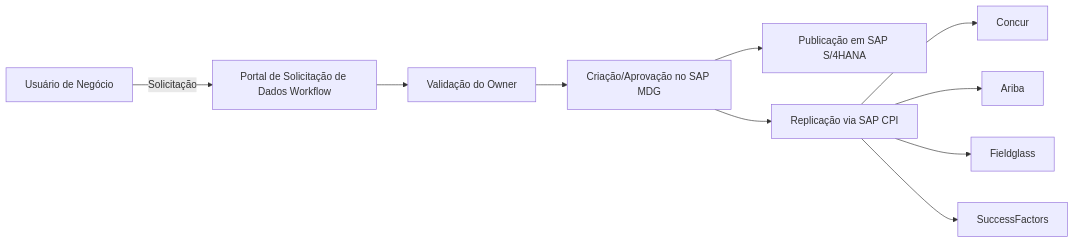
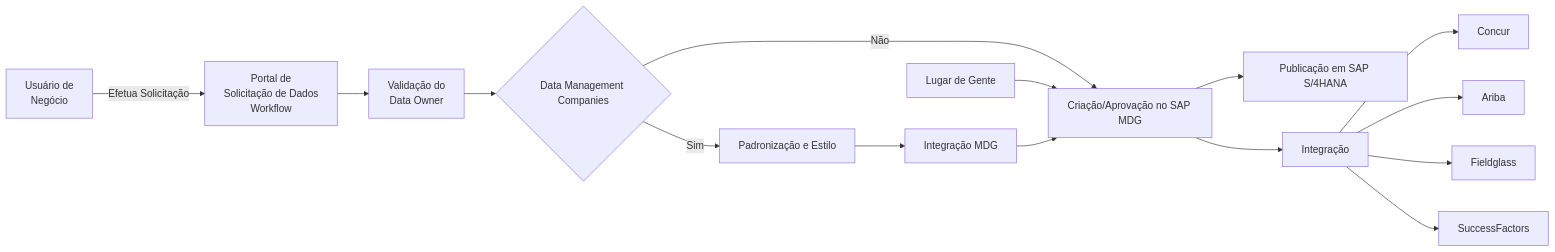
The third of 18 diagrams in docs/Dados/Introdução.md (60pportunities/EngenhariaSoftware), drawn with Mermaid before and after one commit. The commit also changed other lines of this file and 11 other files, not shown here.

````diff
--- a/docs/Dados/Introdução.md
+++ b/docs/Dados/Introdução.md
@@ -515,12 +556,17 @@
 ```mermaid
 graph LR
-    A[Usuário de Negócio] -->|Solicitação| B[Portal de Solicitação de Dados Workflow]
-    B --> C[Validação do Owner]
-    C --> D[Criação/Aprovação no SAP MDG]
-    D --> E[Publicação em SAP S/4HANA]
-    D --> F[Replicação via SAP CPI]
-    F --> G1[Concur]
-    F --> G2[Ariba]
-    F --> G3[Fieldglass]
-    F --> G4[SuccessFactors]
+    A[Usuário de</br> Negócio] -->|Efetua Solicitação| B[Portal de</br>Solicitação de Dados</br> Workflow]
+    B --> C[Validação do</br>Data Owner]
+    C --> C1{Data Management Companies}
+    C1 --> |Não|D[Criação/Aprovação no SAP MDG]
+    C1 --> |Sim|D0[Padronização e Estilo]
+    P[Lugar de Gente]  --> D
+    D0 --> D1[Integração MDG]
+    D1 --> D
+    D  --> E[Publicação em SAP S/4HANA]
+    D  --> F[Integração]
+    F  --> G1[Concur]
+    F  --> G2[Ariba]
+    F  --> G3[Fieldglass]
+    F  --> G4[SuccessFactors]
 ```
````
